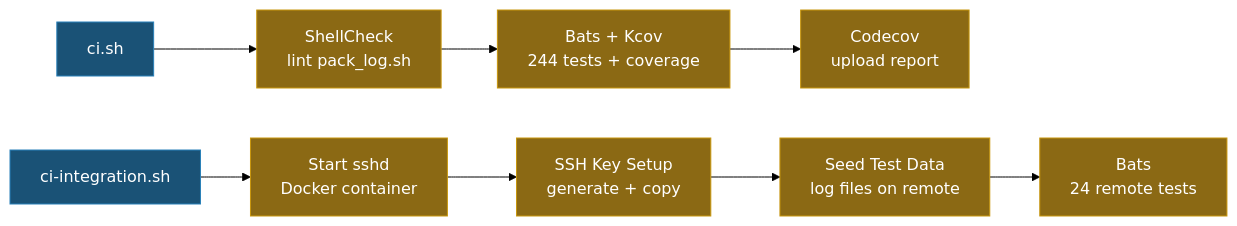
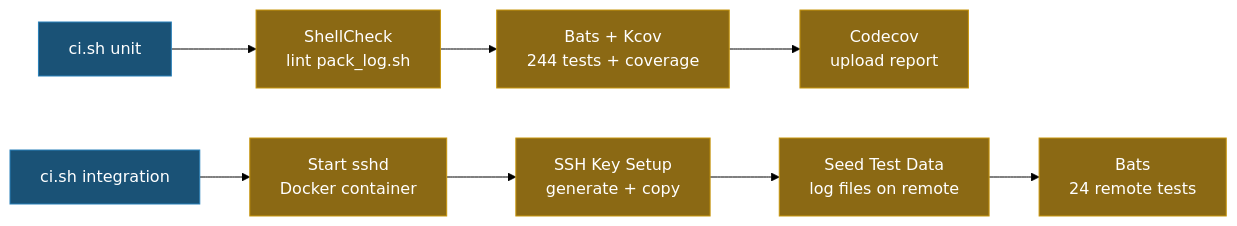
Before and after one commit to ycpss91255/pack_log: the second of 2 diagrams in README.md, drawn with Mermaid (forest theme). The commit also changed other lines of this file and 9 other files, not shown here.

````diff
--- a/README.md
+++ b/README.md
@@ -213,14 +214,14 @@
 ```mermaid
 graph LR
-    S["ci.sh"]:::entry --> SC["ShellCheck\nlint pack_log.sh"]:::step
+    S["ci.sh unit"]:::entry --> SC["ShellCheck\nlint pack_log.sh"]:::step
     SC --> BT["Bats + Kcov\n244 tests + coverage"]:::step
     BT --> CC["Codecov\nupload report"]:::step
 
-    S2["ci-integration.sh"]:::entry --> SSHD["Start sshd\nDocker container"]:::step
+    S2["ci.sh integration"]:::entry --> SSHD["Start sshd\nDocker container"]:::step
     SSHD --> KEY["SSH Key Setup\ngenerate + copy"]:::step
     KEY --> DATA["Seed Test Data\nlog files on remote"]:::step
     DATA --> IT["Bats\n24 remote tests"]:::step
 
     classDef entry fill:#1a5276,color:#fff,stroke:#2980b9
     classDef step fill:#8B6914,color:#fff,stroke:#c8960c
 ```
````
